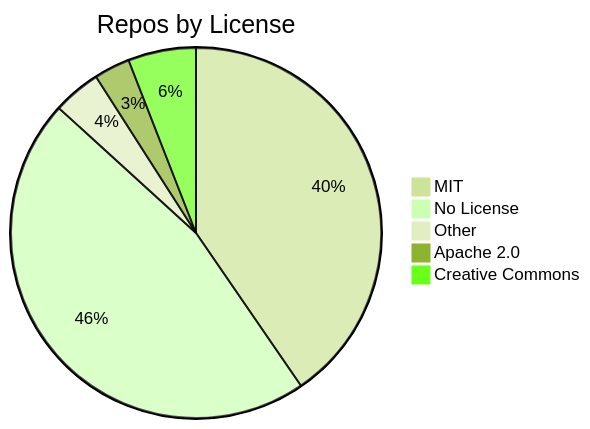
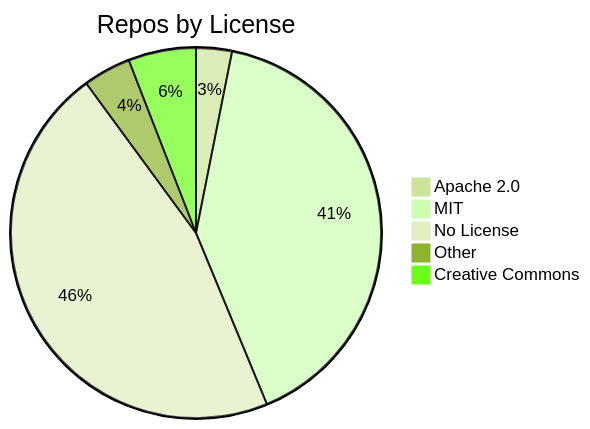
One commit to jpatterson933/awesome-mcp-server-repo-index changed the diagram in README.md. Above: the diagram before and after it, drawn with Mermaid (forest theme). The commit also changed other lines of this file and 3 other files, not shown here.

````diff
--- a/README.md
+++ b/README.md
@@ -29,8 +29,8 @@
 ```mermaid
 pie title Repos by License
-    "MIT" : 116
+    "Apache 2.0" : 9
+    "MIT" : 117
     "No License" : 133
     "Other" : 12
-    "Apache 2.0" : 9
     "Creative Commons" : 17
 ```
````
